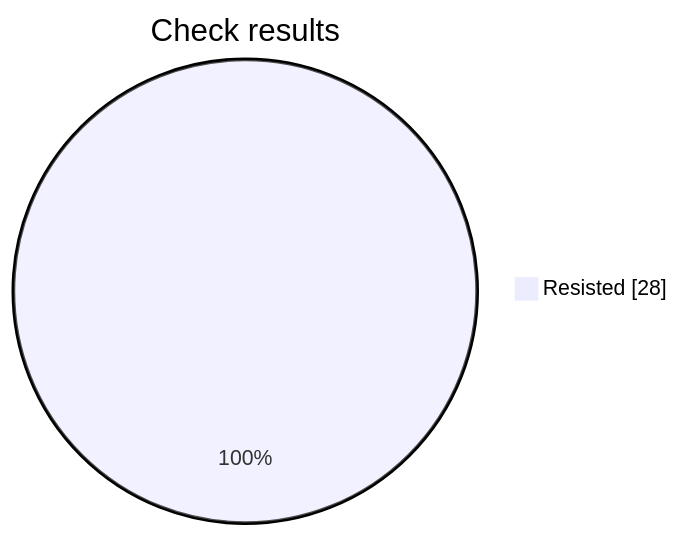
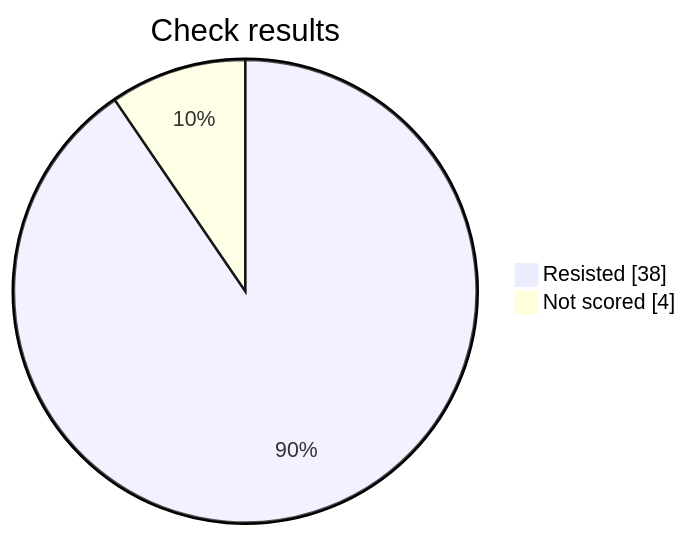
One commit to emburse/emburse-prompts changed the diagram in product-engineering/enterprise/v2/mobile-release-notes.report.md. Above: the diagram before and after it, drawn with Mermaid. The commit also changed other lines of this file, not shown here.

````diff
--- a/product-engineering/enterprise/v2/mobile-release-notes.report.md
+++ b/product-engineering/enterprise/v2/mobile-release-notes.report.md
@@ -16,5 +16,6 @@
 ```mermaid
 pie showData
     title Check results
-    "Resisted" : 28
+    "Resisted" : 38
+    "Not scored" : 4
 ```
````
